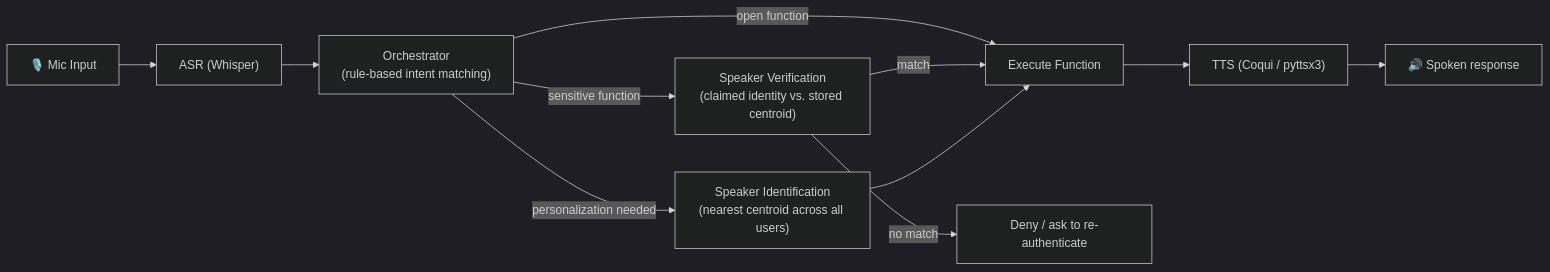
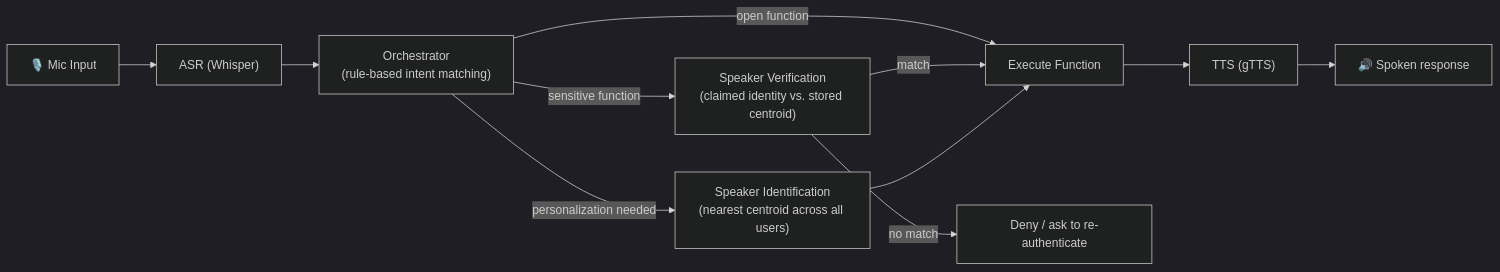
One commit to DangDecTen/statslearning-secure-virtual-assistant changed the first of 2 diagrams in README.md. Above: the diagram before and after it, drawn with Mermaid (dark theme). The commit also changed other lines of this file and 36 other files, not shown here.

````diff
--- a/README.md
+++ b/README.md
@@ -19,13 +25,13 @@
 ```mermaid
 flowchart LR
     A["🎙️ Mic Input"] --> B["ASR (Whisper)"]
     B --> C["Orchestrator<br/>(rule-based intent matching)"]
     C -->|open function| F["Execute Function"]
     C -->|sensitive function| D["Speaker Verification<br/>(claimed identity vs. stored centroid)"]
     D -->|match| F
     D -->|no match| G["Deny / ask to re-authenticate"]
     C -->|personalization needed| E["Speaker Identification<br/>(nearest centroid across all users)"]
     E --> F
-    F --> H["TTS (Coqui / pyttsx3)"]
+    F --> H["TTS (gTTS)"]
     H --> I["🔊 Spoken response"]
 ```
````
